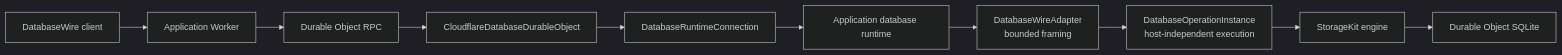
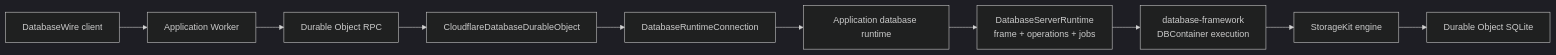
The first of 3 diagrams in README.md (1amageek/database-framework-cloudflare), drawn with Mermaid (dark theme) before and after one commit. The commit also changed other lines of this file and 38 other files, not shown here.

Commit message:
Adopt the shared server runtime boundary

````diff
--- a/README.md
+++ b/README.md
@@ -12,12 +12,12 @@
 ```mermaid
 flowchart LR
   Client["DatabaseWire client"] --> Worker["Application Worker"]
   Worker --> RPC["Durable Object RPC"]
   RPC --> DO["CloudflareDatabaseDurableObject"]
   DO --> Connection["DatabaseRuntimeConnection"]
   Connection --> Runtime["Application database runtime"]
-  Runtime --> Adapter["DatabaseWireAdapter<br/>bounded framing"]
-  Adapter --> Operations["DatabaseOperationInstance<br/>host-independent execution"]
-  Operations --> Storage["StorageKit engine"]
+  Runtime --> Server["DatabaseServerRuntime<br/>frame + operations + jobs"]
+  Server --> Framework["database-framework<br/>DBContainer execution"]
+  Framework --> Storage["StorageKit engine"]
   Storage --> SQLite["Durable Object SQLite"]
 ```
````
